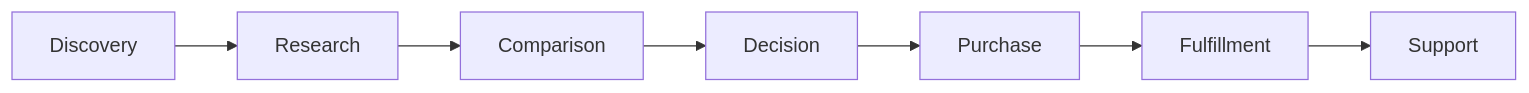
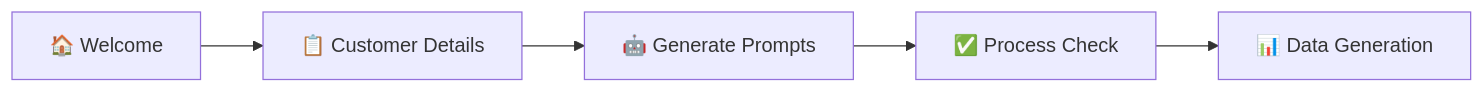
Before and after one commit to dynatrace-wwse/bizobs-journey-simulator: the diagram in docs/3-concepts.md, drawn with Mermaid. The commit also changed other lines of this file, not shown here.

````diff
--- a/docs/3-concepts.md
+++ b/docs/3-concepts.md
@@ -37,9 +11,7 @@
 ```mermaid
 graph LR
-    A[Discovery] --> B[Research]
-    B --> C[Comparison]
-    C --> D[Decision]
-    D --> E[Purchase]
-    E --> F[Fulfillment]
-    F --> G[Support]
+    A["🏠 Welcome"] --> B["📋 Customer Details"]
+    B --> C["🤖 Generate Prompts"]
+    C --> D["✅ Process Check"]
+    D --> E["📊 Data Generation"]
 ```
````
